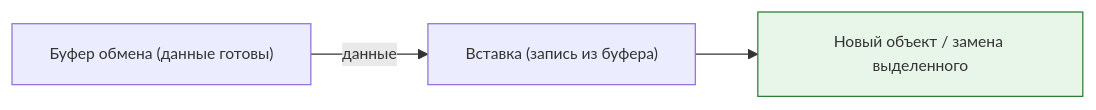
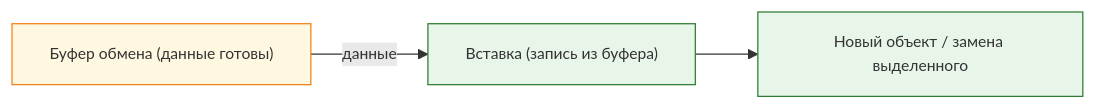
Before and after one commit to Spirzen/it-knowledge-base: the fourth of 7 diagrams in docs/encyclopedia/1-basics/1-10-bazovye-operatsii-s-dannymi/4.md, drawn with Mermaid. The commit also changed other lines of this file and 1180 other files, not shown here.

````diff
--- a/docs/encyclopedia/1-basics/1-10-bazovye-operatsii-s-dannymi/4.md
+++ b/docs/encyclopedia/1-basics/1-10-bazovye-operatsii-s-dannymi/4.md
@@ -111,12 +148,14 @@
 ```mermaid
 %%{init: {"theme":"default", "themeVariables": {"fontSize":"12.5px"}}}%%
 flowchart LR
+    classDef buf fill:#fff8e1,stroke:#f57f17;
+    classDef op fill:#e8f5e9,stroke:#2e7d32;
+    classDef dst fill:#e8f5e9,stroke:#2e7d32;
+
     B["Буфер обмена (данные готовы)"]:::buf
     O["Вставка (запись из буфера)"]:::op
     D["Новый объект / замена выделенного"]:::dst
 
     B -->|данные| O
     O --> D
-
-    style D fill:#e8f5e9,stroke:#2e7d32
 ```
````
